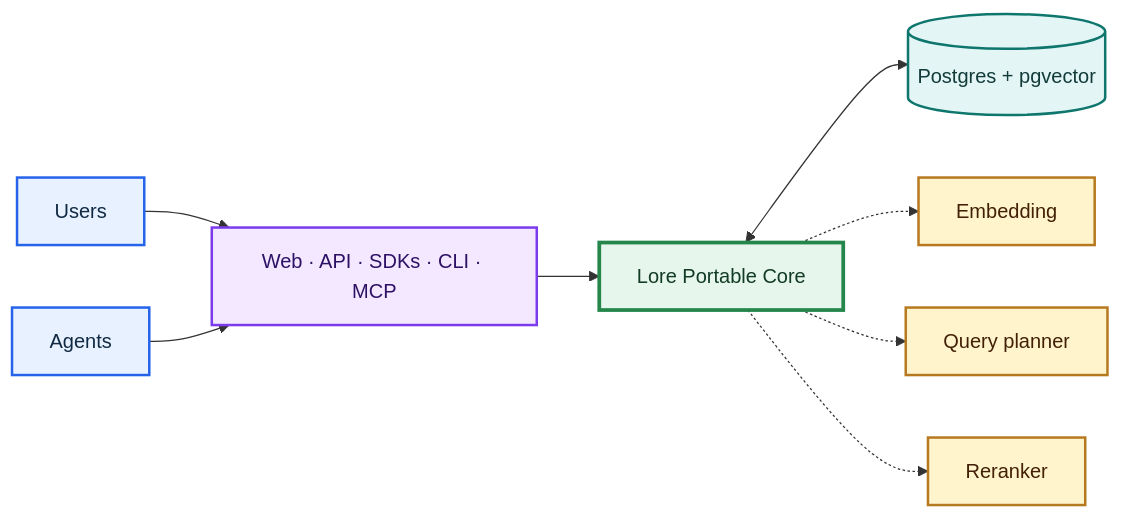
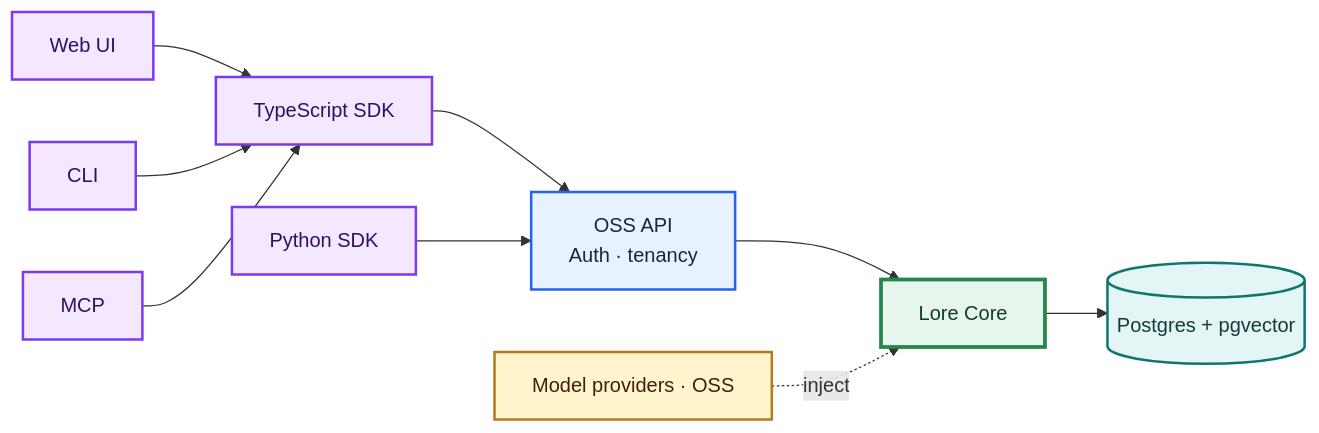
One commit to corespeed-io/lore changed the diagram in README.md. Above: the diagram before and after it, drawn with Mermaid. The commit also changed other lines of this file and 178 other files, not shown here.

Commit message:
refactor: separate Lore core, OSS policy, and client modules

````diff
--- a/README.md
+++ b/README.md
@@ -31,21 +35,22 @@
 ```mermaid
 flowchart LR
-    Users["Users"] --> Interfaces["Web · API · SDKs · CLI · MCP"]
-    Agents["Agents"] --> Interfaces
-    Interfaces --> Core["Lore Portable Core"]
-    Core <--> Database[("Postgres + pgvector")]
-    Core -.-> Embed["Embedding"]
-    Core -.-> Plan["Query planner"]
-    Core -.-> Rerank["Reranker"]
+    UI["Web UI"] --> SDK["TypeScript SDK"]
+    CLI["CLI"] --> SDK
+    MCP["MCP"] --> SDK
+    SDK --> API["OSS API<br/>Auth · tenancy"]
+    Python["Python SDK"] --> API
+    API --> Core["Lore Core"]
+    Core --> Database[("Postgres + pgvector")]
+    Providers["Model providers · OSS"] -. inject .-> Core
 
-    classDef actor fill:#e8f1ff,stroke:#2563eb,color:#102a43,stroke-width:2px
     classDef interface fill:#f3e8ff,stroke:#7c3aed,color:#2e1065,stroke-width:2px
+    classDef api fill:#e8f1ff,stroke:#2563eb,color:#102a43,stroke-width:2px
     classDef core fill:#e6f6ec,stroke:#24864b,color:#123b24,stroke-width:3px
     classDef data fill:#e3f6f5,stroke:#0f766e,color:#123b3a,stroke-width:2px
     classDef model fill:#fff4cc,stroke:#b7791f,color:#422006,stroke-width:2px
-    class Users,Agents actor
-    class Interfaces interface
+    class UI,CLI,MCP,SDK,Python interface
+    class API api
     class Core core
     class Database data
-    class Embed,Plan,Rerank model
+    class Providers model
 ```
````
